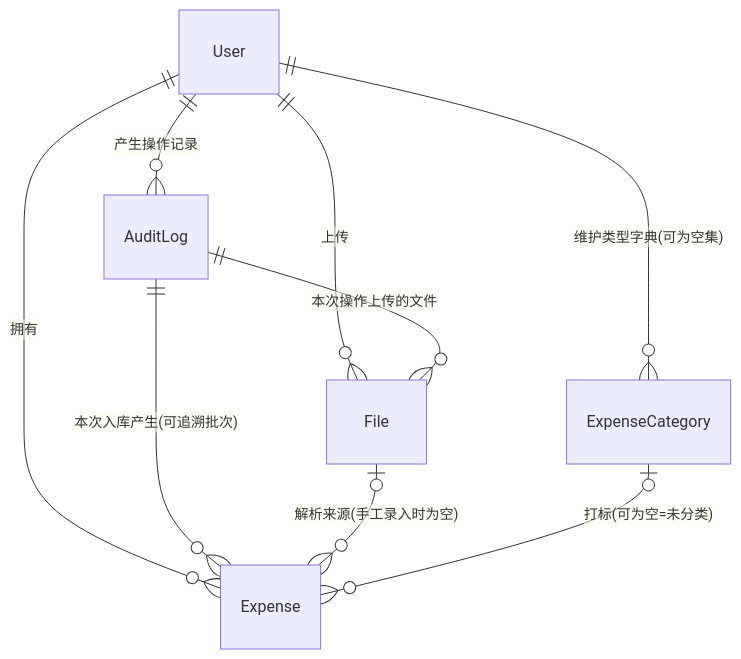
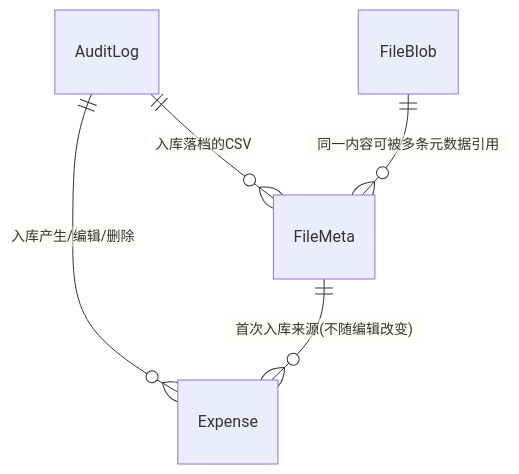
The diagram in doc/decisions/记账系统功能与模型.md (cellargalaxy/jotcash), drawn with Mermaid before and after one commit. The commit also changed other lines of this file, not shown here.

````diff
--- a/doc/decisions/记账系统功能与模型.md
+++ b/doc/decisions/记账系统功能与模型.md
@@ -127,13 +93,7 @@
 ```mermaid
 erDiagram
-    User            ||--o{ AuditLog        : "产生操作记录"
-    User            ||--o{ File            : "上传"
-    User            ||--o{ Expense         : "拥有"
-    User            ||--o{ ExpenseCategory : "维护类型字典(可为空集)"
-
-    AuditLog        ||--o{ File            : "本次操作上传的文件"
-    AuditLog        ||--o{ Expense         : "本次入库产生(可追溯批次)"
-    File            |o--o{ Expense         : "解析来源(手工录入时为空)"
-
-    ExpenseCategory |o--o{ Expense         : "打标(可为空=未分类)"
+    AuditLog ||--o{ Expense  : "入库产生/编辑/删除"
+    AuditLog ||--o{ FileMeta : "入库落档的CSV"
+    FileMeta ||--o{ Expense  : "首次入库来源(不随编辑改变)"
+    FileBlob ||--o{ FileMeta : "同一内容可被多条元数据引用"
 ```
````
